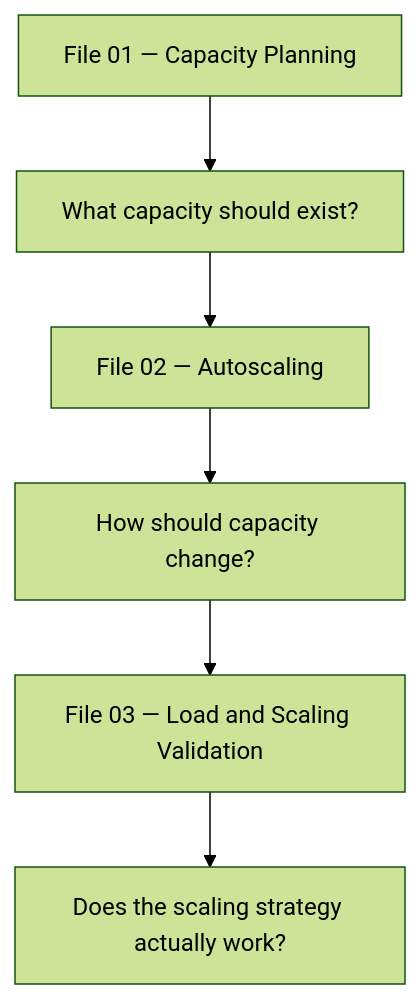
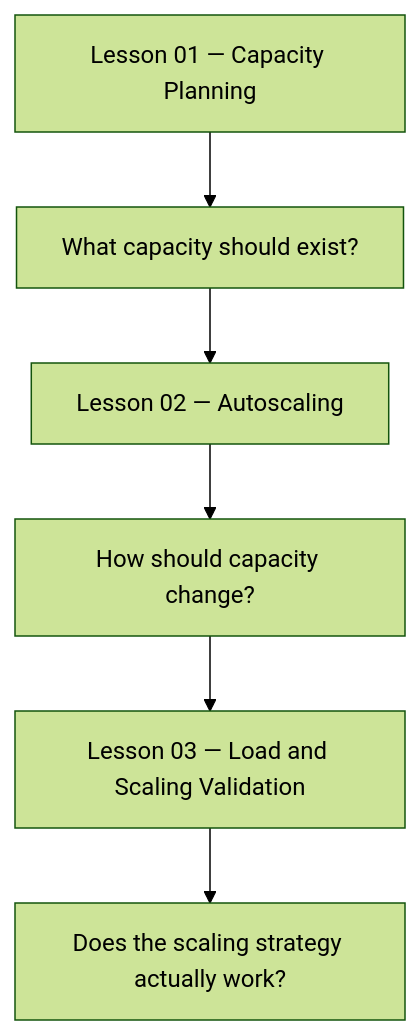
The first of 48 diagrams in docs/06-PROD/PROD-07-Scaling-and-Capacity-Engineering/03-Load-Testing-Burst-Traffic-and-Scaling-Failure.md (Vineet-Singh0/enterprise-genai-engineering), drawn with Mermaid (forest theme) before and after one commit. The commit also changed other lines of this file and 118 other files, not shown here.

````diff
--- a/docs/06-PROD/PROD-07-Scaling-and-Capacity-Engineering/03-Load-Testing-Burst-Traffic-and-Scaling-Failure.md
+++ b/docs/06-PROD/PROD-07-Scaling-and-Capacity-Engineering/03-Load-Testing-Burst-Traffic-and-Scaling-Failure.md
@@ -57,8 +57,8 @@
 ```mermaid
 flowchart TD
-    A["File 01 — Capacity Planning"] --> B["What capacity should exist?"]
-    B --> C["File 02 — Autoscaling"]
+    A["Lesson 01 — Capacity Planning"] --> B["What capacity should exist?"]
+    B --> C["Lesson 02 — Autoscaling"]
     C --> D["How should capacity change?"]
-    D --> E["File 03 — Load and Scaling Validation"]
+    D --> E["Lesson 03 — Load and Scaling Validation"]
     E --> F["Does the scaling strategy actually work?"]
 ```
````
